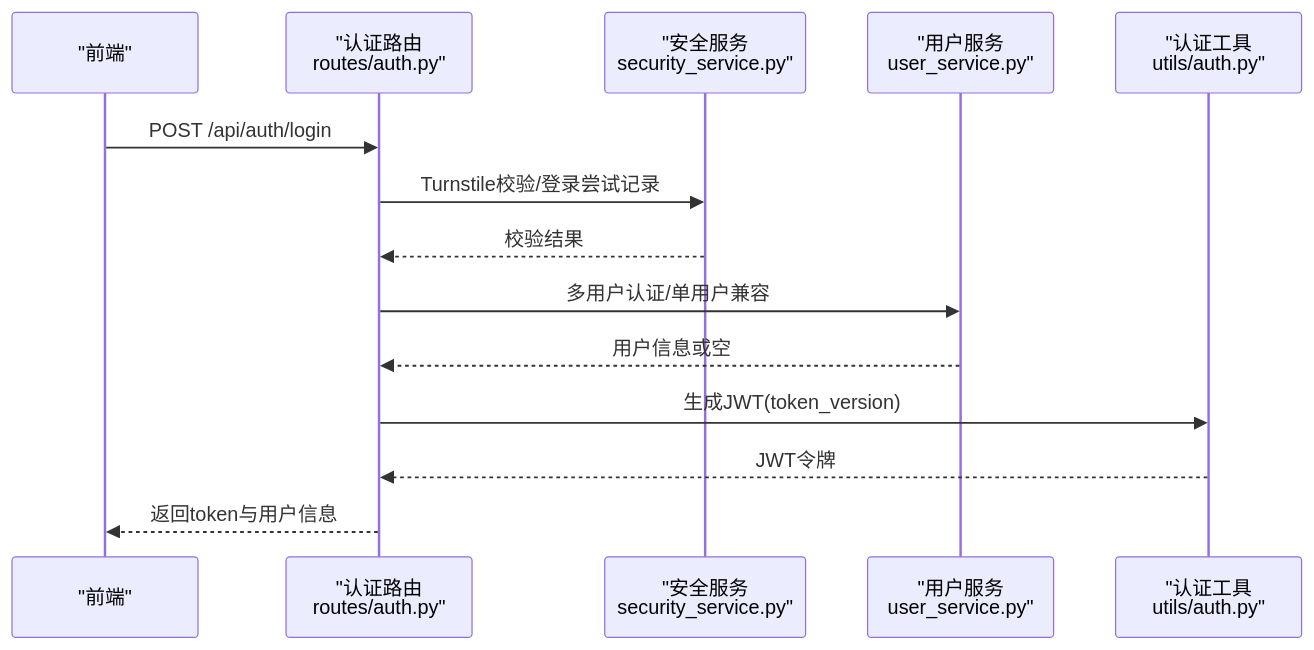
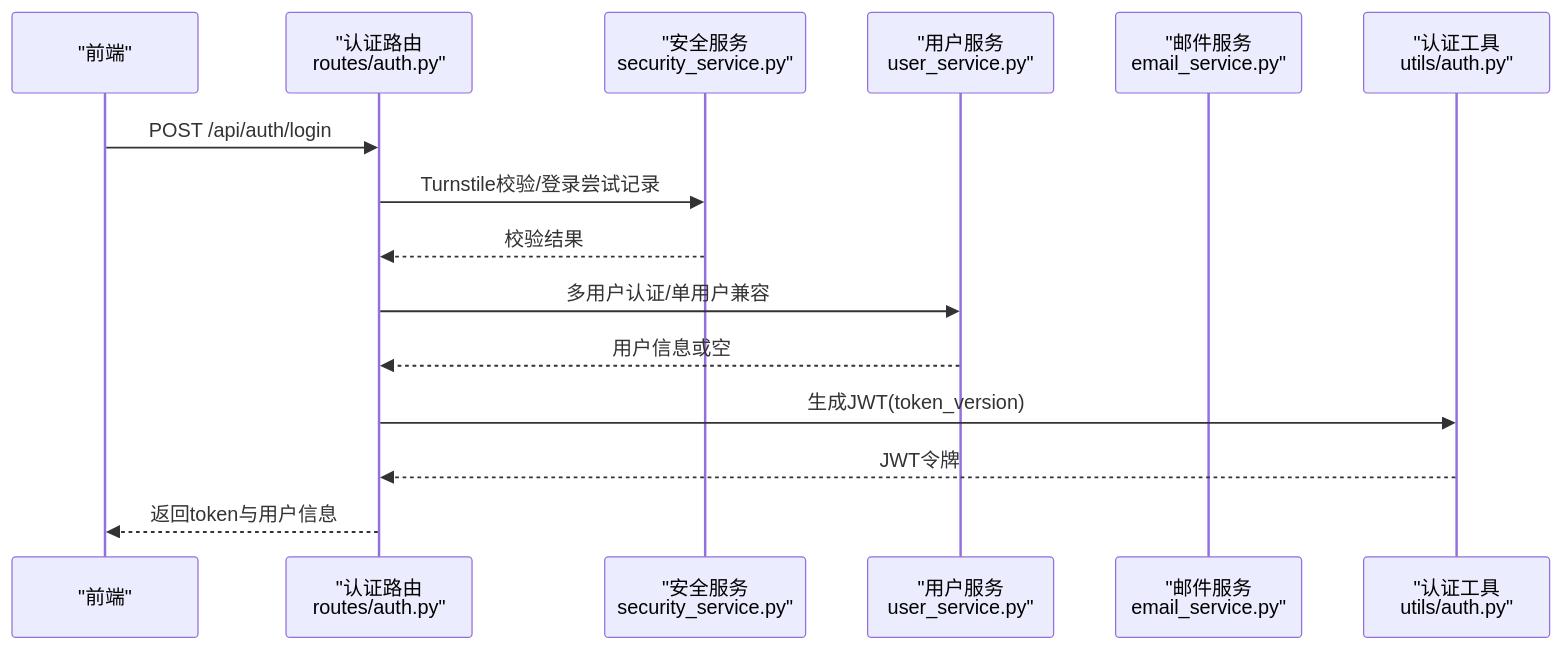
One commit to joezxh/QuantDinger changed the second of 6 diagrams in .qoder/repowiki/zh/content/API参考文档/认证API.md. Above: the diagram before and after it, drawn with Mermaid. The commit also changed other lines of this file and 548 other files, not shown here.

````diff
--- a/.qoder/repowiki/zh/content/API参考文档/认证API.md
+++ b/.qoder/repowiki/zh/content/API参考文档/认证API.md
@@ -98,16 +122,17 @@
 ```mermaid
 sequenceDiagram
 participant FE as "前端"
 participant AUTH as "认证路由<br/>routes/auth.py"
 participant SEC as "安全服务<br/>security_service.py"
 participant US as "用户服务<br/>user_service.py"
+participant ES as "邮件服务<br/>email_service.py"
 participant UT as "认证工具<br/>utils/auth.py"
 FE->>AUTH : POST /api/auth/login
 AUTH->>SEC : Turnstile校验/登录尝试记录
 SEC-->>AUTH : 校验结果
 AUTH->>US : 多用户认证/单用户兼容
 US-->>AUTH : 用户信息或空
 AUTH->>UT : 生成JWT(token_version)
 UT-->>AUTH : JWT令牌
 AUTH-->>FE : 返回token与用户信息
 ```
````
